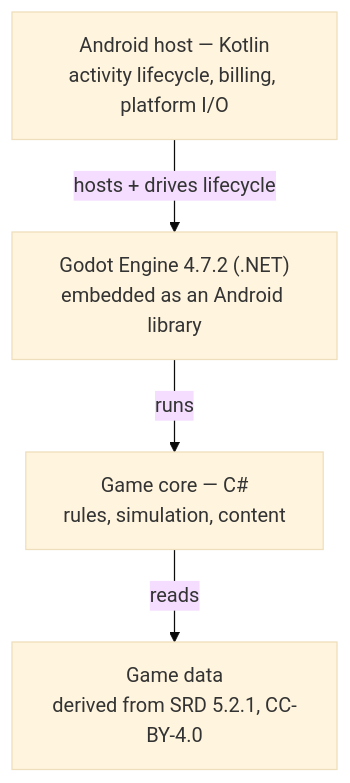
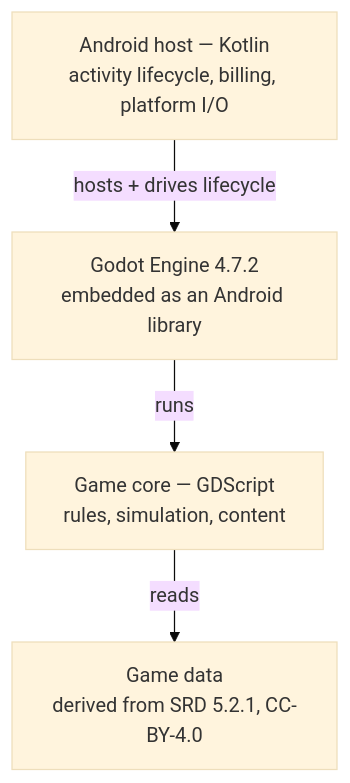
Before and after one commit to 4Luke4/DungeonLike: the diagram in README.md, drawn with Mermaid (base theme). The commit also changed other lines of this file and 12 other files, not shown here.

First line of the commit message:
chore: switch the game core from c# to gdscript on the standard godot build

````diff
--- a/README.md
+++ b/README.md
@@ -29,11 +30,11 @@
 ```mermaid
 flowchart TD
     A["Android host — Kotlin<br/>activity lifecycle, billing, platform I/O"]
-    B["Godot Engine 4.7.2 (.NET)<br/>embedded as an Android library"]
-    C["Game core — C#<br/>rules, simulation, content"]
+    B["Godot Engine 4.7.2<br/>embedded as an Android library"]
+    C["Game core — GDScript<br/>rules, simulation, content"]
     D["Game data<br/>derived from SRD 5.2.1, CC-BY-4.0"]
 
     A -->|hosts + drives lifecycle| B
     B -->|runs| C
     C -->|reads| D
 ```
````
